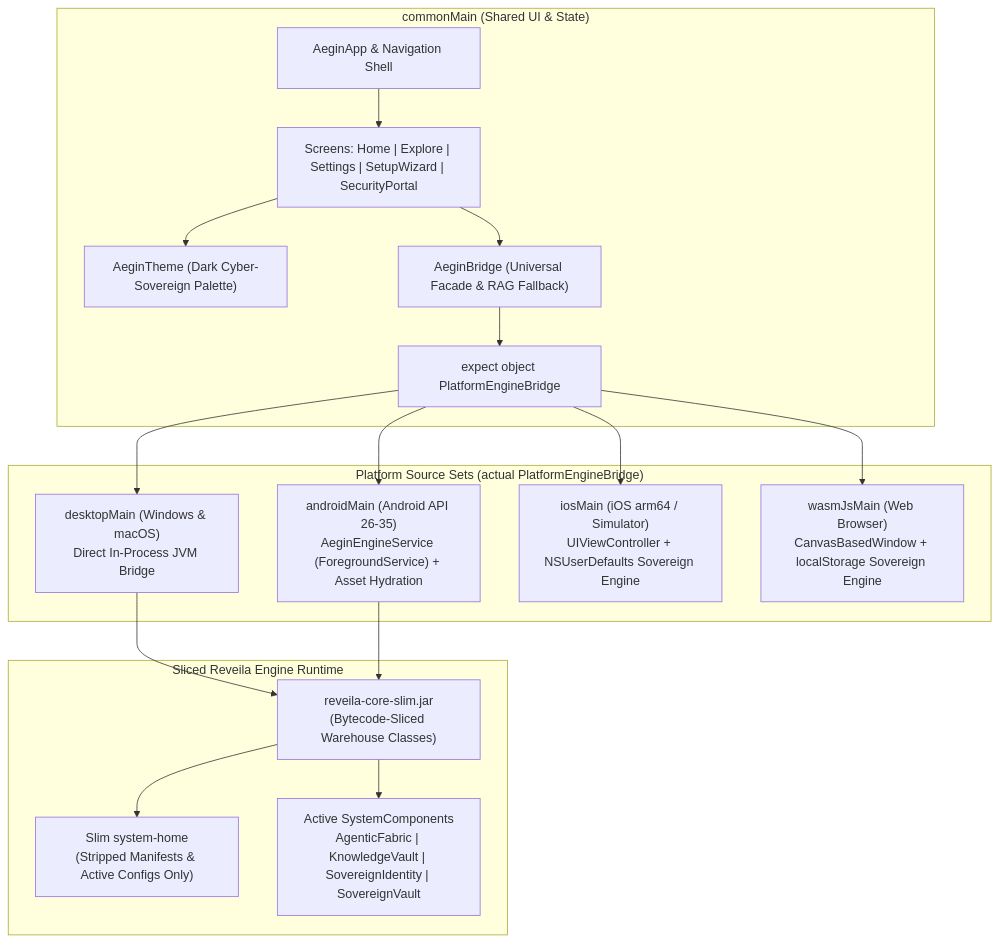
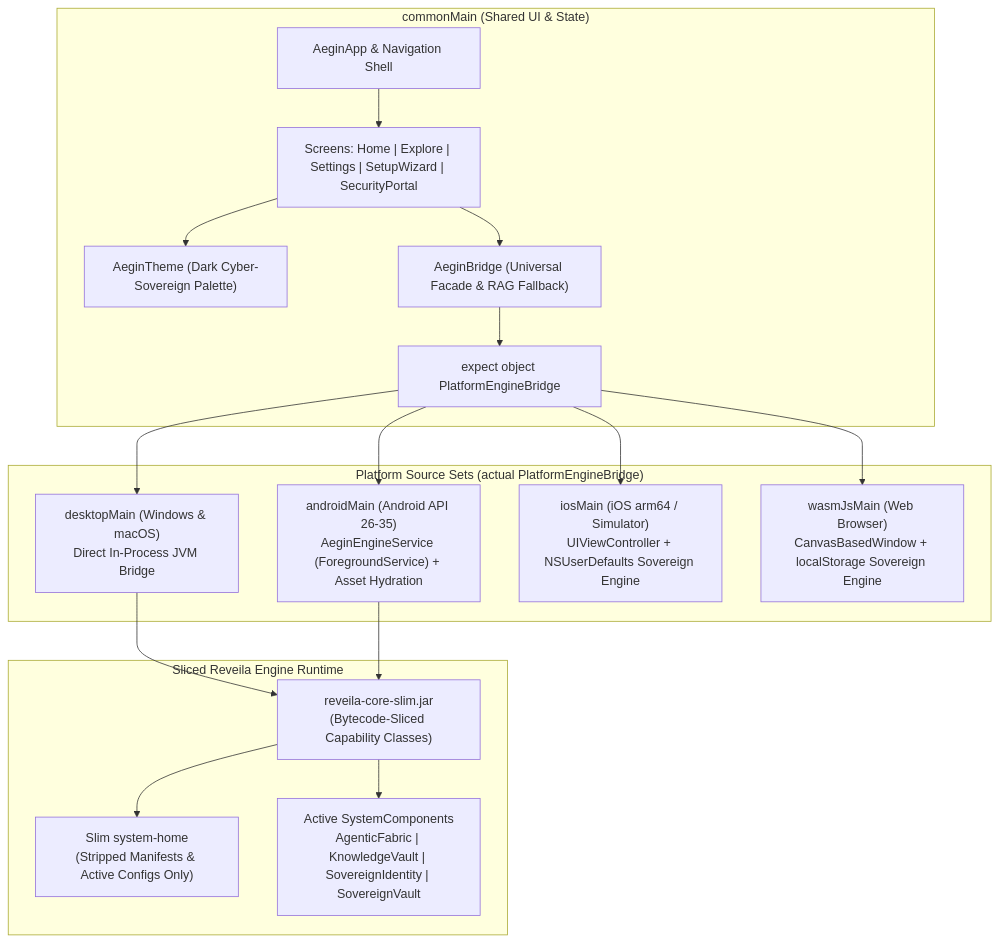
One commit to cc2lee/Reveila changed the first of 2 diagrams in memory-bank/adr/0021 Multi-Platform App Architecture and Dev Guide.md. Above: the diagram before and after it, drawn with Mermaid. The commit also changed other lines of this file and 16 other files, not shown here.

````diff
--- a/memory-bank/adr/0021 Multi-Platform App Architecture and Dev Guide.md
+++ b/memory-bank/adr/0021 Multi-Platform App Architecture and Dev Guide.md
@@ -25,37 +25,37 @@
 ```mermaid
 flowchart TD
     subgraph Common["commonMain (Shared UI & State)"]
         UI["AeginApp & Navigation Shell"]
         Screens["Screens: Home | Explore | Settings | SetupWizard | SecurityPortal"]
         Theme["AeginTheme (Dark Cyber-Sovereign Palette)"]
         Bridge["AeginBridge (Universal Facade & RAG Fallback)"]
         ExpectBridge["expect object PlatformEngineBridge"]
         UI --> Screens
         Screens --> Theme
         Screens --> Bridge
         Bridge --> ExpectBridge
     end
 
     subgraph Platforms["Platform Source Sets (actual PlatformEngineBridge)"]
         Desktop["desktopMain (Windows & macOS)\nDirect In-Process JVM Bridge"]
         Android["androidMain (Android API 26-35)\nAeginEngineService (ForegroundService) + Asset Hydration"]
         IOS["iosMain (iOS arm64 / Simulator)\nUIViewController + NSUserDefaults Sovereign Engine"]
         Wasm["wasmJsMain (Web Browser)\nCanvasBasedWindow + localStorage Sovereign Engine"]
     end
 
     ExpectBridge --> Desktop
     ExpectBridge --> Android
     ExpectBridge --> IOS
     ExpectBridge --> Wasm
 
     subgraph Core["Sliced Reveila Engine Runtime"]
-        SlimJar["reveila-core-slim.jar\n(Bytecode-Sliced Warehouse Classes)"]
+        SlimJar["reveila-core-slim.jar\n(Bytecode-Sliced Capability Classes)"]
         SlimHome["Slim system-home\n(Stripped Manifests & Active Configs Only)"]
         Components["Active SystemComponents\nAgenticFabric | KnowledgeVault | SovereignIdentity | SovereignVault"]
     end
 
     Desktop --> SlimJar
     Android --> SlimJar
     SlimJar --> SlimHome
     SlimJar --> Components
 ```
````
